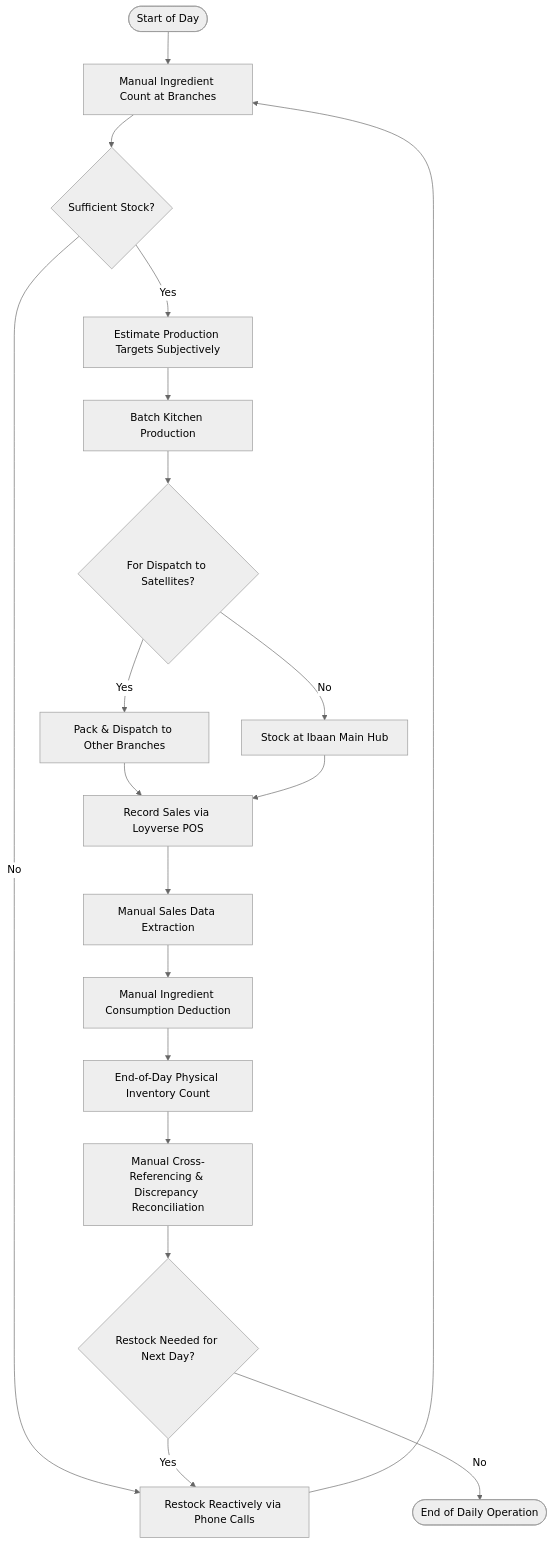
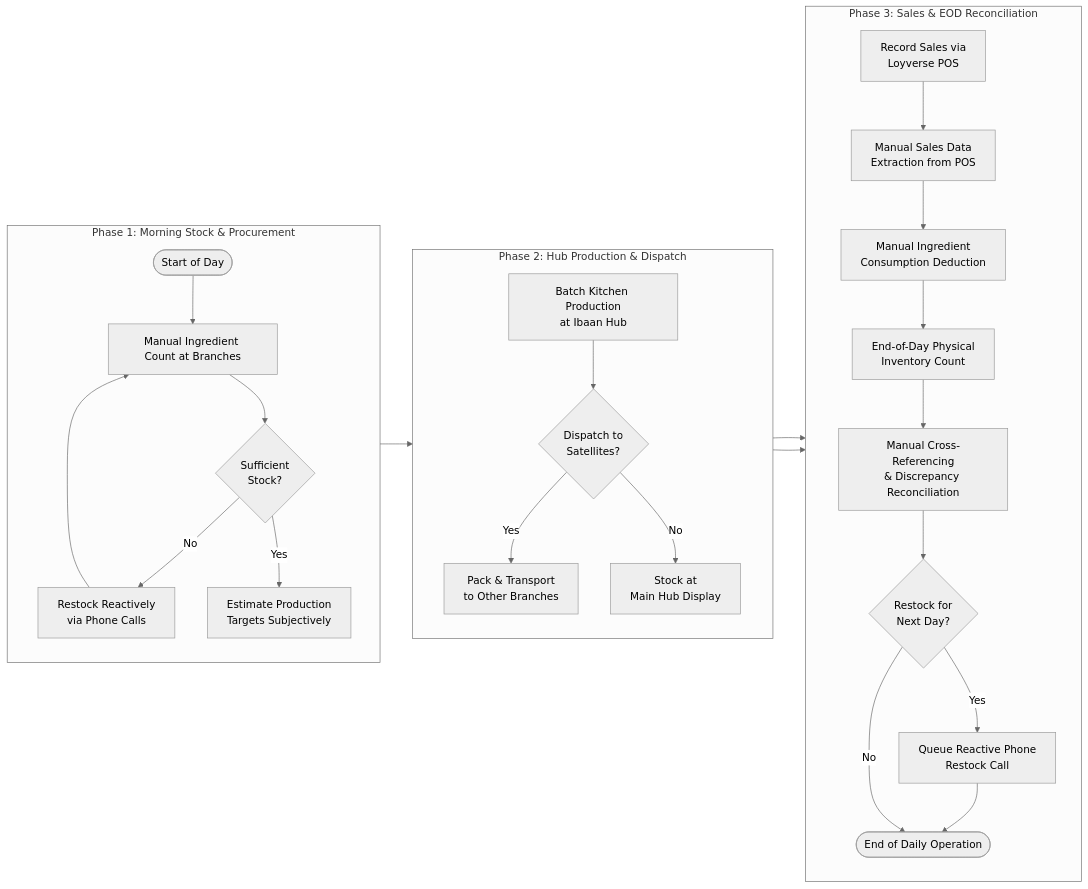
Before and after one commit to cjavier15/sweetbox-main: the third of 12 diagrams in docs/diagrams/ALL_DIAGRAMS.md, drawn with Mermaid (neutral theme). The commit also changed other lines of this file and 28 other files, not shown here.

````diff
--- a/docs/diagrams/ALL_DIAGRAMS.md
+++ b/docs/diagrams/ALL_DIAGRAMS.md
@@ -92,21 +92,34 @@
 ```mermaid
-flowchart TD
-    START([Start of Day]) --> COUNT[Manual Ingredient Count at Branches]
-    COUNT --> SUFF{Sufficient Stock?}
-    SUFF -- No --> MANUAL_RESTOCK[Restock Reactively via Phone Calls]
-    MANUAL_RESTOCK --> COUNT
-    SUFF -- Yes --> EST_PROD[Estimate Production Targets Subjectively]
-    EST_PROD --> BATCH[Batch Kitchen Production]
-    BATCH --> DISPATCH{For Dispatch to Satellites?}
-    DISPATCH -- Yes --> PACK[Pack & Dispatch to Other Branches]
-    DISPATCH -- No --> STORE_HUB[Stock at Ibaan Main Hub]
-    PACK --> POS_SALE[Record Sales via Loyverse POS]
+flowchart LR
+    subgraph P1["Phase 1: Morning Stock & Procurement"]
+        direction TB
+        START([Start of Day]) --> COUNT[Manual Ingredient Count at Branches]
+        COUNT --> SUFF{Sufficient<br/>Stock?}
+        SUFF -- No --> MANUAL_RESTOCK[Restock Reactively<br/>via Phone Calls]
+        MANUAL_RESTOCK --> COUNT
+        SUFF -- Yes --> EST_PROD[Estimate Production<br/>Targets Subjectively]
+    end
+
+    subgraph P2["Phase 2: Hub Production & Dispatch"]
+        direction TB
+        BATCH[Batch Kitchen Production<br/>at Ibaan Hub] --> DISPATCH{Dispatch to<br/>Satellites?}
+        DISPATCH -- Yes --> PACK[Pack & Transport<br/>to Other Branches]
+        DISPATCH -- No --> STORE_HUB[Stock at<br/>Main Hub Display]
+    end
+
+    subgraph P3["Phase 3: Sales & EOD Reconciliation"]
+        direction TB
+        POS_SALE[Record Sales via<br/>Loyverse POS] --> EXTRACTION[Manual Sales Data<br/>Extraction from POS]
+        EXTRACTION --> MANUAL_DEDUCT[Manual Ingredient<br/>Consumption Deduction]
+        MANUAL_DEDUCT --> EOD_COUNT[End-of-Day Physical<br/>Inventory Count]
+        EOD_COUNT --> RECONCILE[Manual Cross-Referencing<br/>& Discrepancy Reconciliation]
+        RECONCILE --> NEXT_DAY{Restock for<br/>Next Day?}
+        NEXT_DAY -- Yes --> RESTOCK_NOTE[Queue Reactive Phone<br/>Restock Call]
+        NEXT_DAY -- No --> FINISH([End of Daily Operation])
+        RESTOCK_NOTE --> FINISH
+    end
+
+    EST_PROD --> BATCH
+    PACK --> POS_SALE
     STORE_HUB --> POS_SALE
-    POS_SALE --> EXTRACTION[Manual Sales Data Extraction]
-    EXTRACTION --> MANUAL_DEDUCT[Manual Ingredient Consumption Deduction]
-    MANUAL_DEDUCT --> EOD_COUNT[End-of-Day Physical Inventory Count]
-    EOD_COUNT --> RECONCILE[Manual Cross-Referencing & Discrepancy Reconciliation]
-    RECONCILE --> NEXT_DAY{Restock Needed for Next Day?}
-    NEXT_DAY -- Yes --> MANUAL_RESTOCK
-    NEXT_DAY -- No --> FINISH([End of Daily Operation])
 ```
````
